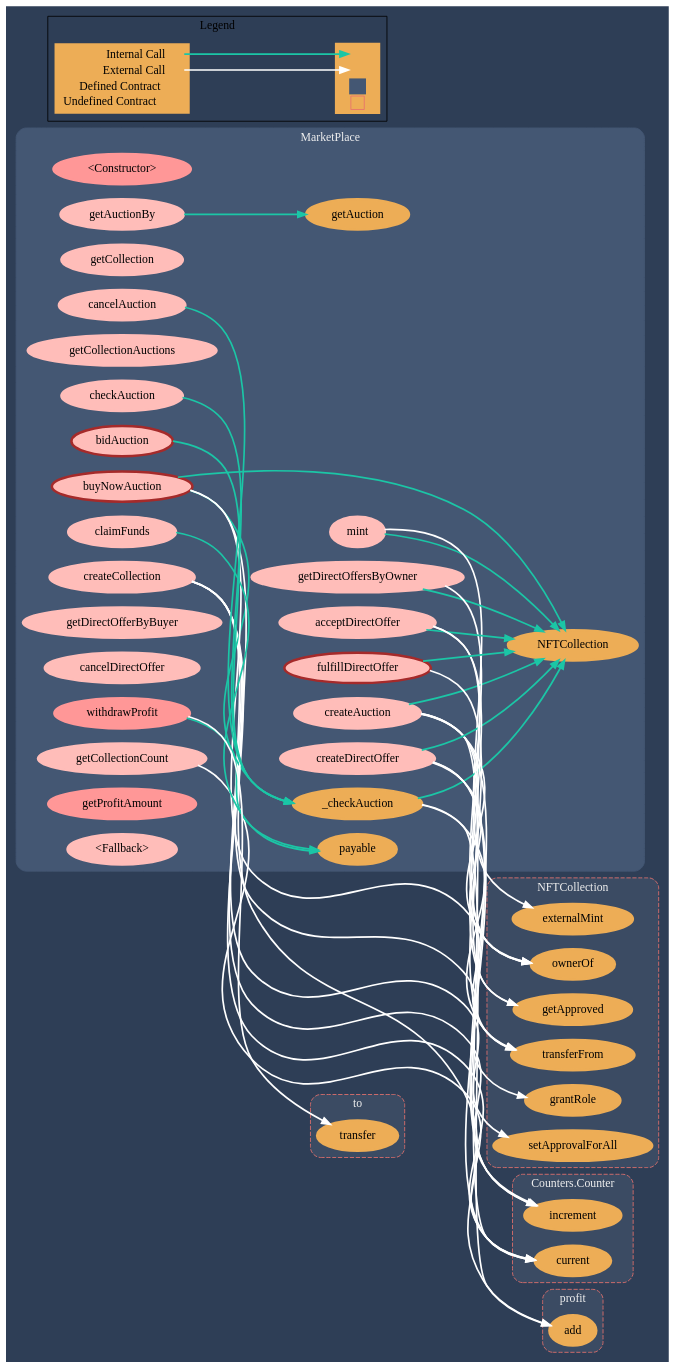
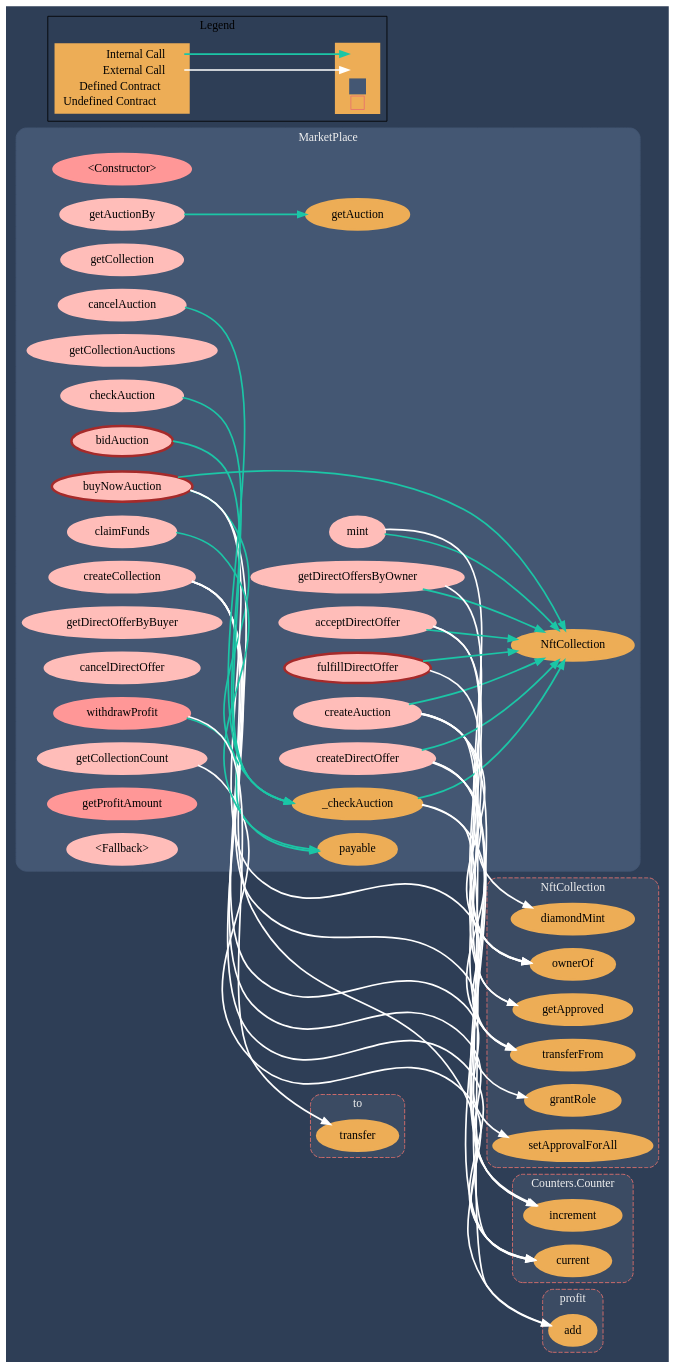
One commit to trayanm/element-nft-market changed the diagram in docs/MarketPlace_graph.gv. Above: the diagram before and after it, drawn with Graphviz. The commit also changed 218 other files, not shown here.

```diff
--- a/docs/MarketPlace_graph.gv
+++ b/docs/MarketPlace_graph.gv
@@ -1,154 +1,154 @@
 digraph G {
   graph [ ratio = "auto", page = "100", compound =true, bgcolor = "#2e3e56" ];
   node [ style = "filled", fillcolor = "#edad56", color = "#edad56", penwidth =3 ];
   edge [ color = "#fcfcfc", penwidth =2, fontname = "helvetica Neue Ultra Light" ];
 subgraph "clusterMarketPlace" {
   graph [ label = "MarketPlace", color = "#445773", fontcolor = "#f0f0f0", style = "rounded", bgcolor = "#445773" ];
   "MarketPlace.<Constructor>" [ label = "<Constructor>", color = "#FF9797", fillcolor = "#FF9797" ];
   "MarketPlace.mint" [ label = "mint", color = "#ffbdb9", fillcolor = "#ffbdb9" ];
   "MarketPlace.createCollection" [ label = "createCollection", color = "#ffbdb9", fillcolor = "#ffbdb9" ];
   "MarketPlace.getCollection" [ label = "getCollection", color = "#ffbdb9", fillcolor = "#ffbdb9" ];
   "MarketPlace.getCollectionCount" [ label = "getCollectionCount", color = "#ffbdb9", fillcolor = "#ffbdb9" ];
   "MarketPlace.createAuction" [ label = "createAuction", color = "#ffbdb9", fillcolor = "#ffbdb9" ];
   "MarketPlace.getCollectionAuctions" [ label = "getCollectionAuctions", color = "#ffbdb9", fillcolor = "#ffbdb9" ];
   "MarketPlace.getAuction" [ label = "getAuction" ];
   "MarketPlace.getAuctionBy" [ label = "getAuctionBy", color = "#ffbdb9", fillcolor = "#ffbdb9" ];
   "MarketPlace.buyNowAuction" [ label = "buyNowAuction", color = "brown", fillcolor = "#ffbdb9" ];
   "MarketPlace.cancelAuction" [ label = "cancelAuction", color = "#ffbdb9", fillcolor = "#ffbdb9" ];
   "MarketPlace.checkAuction" [ label = "checkAuction", color = "#ffbdb9", fillcolor = "#ffbdb9" ];
   "MarketPlace.bidAuction" [ label = "bidAuction", color = "brown", fillcolor = "#ffbdb9" ];
   "MarketPlace._checkAuction" [ label = "_checkAuction" ];
   "MarketPlace.createDirectOffer" [ label = "createDirectOffer", color = "#ffbdb9", fillcolor = "#ffbdb9" ];
   "MarketPlace.getDirectOffersByOwner" [ label = "getDirectOffersByOwner", color = "#ffbdb9", fillcolor = "#ffbdb9" ];
   "MarketPlace.getDirectOfferByBuyer" [ label = "getDirectOfferByBuyer", color = "#ffbdb9", fillcolor = "#ffbdb9" ];
   "MarketPlace.cancelDirectOffer" [ label = "cancelDirectOffer", color = "#ffbdb9", fillcolor = "#ffbdb9" ];
   "MarketPlace.acceptDirectOffer" [ label = "acceptDirectOffer", color = "#ffbdb9", fillcolor = "#ffbdb9" ];
   "MarketPlace.fulfillDirectOffer" [ label = "fulfillDirectOffer", color = "brown", fillcolor = "#ffbdb9" ];
   "MarketPlace.claimFunds" [ label = "claimFunds", color = "#ffbdb9", fillcolor = "#ffbdb9" ];
   "MarketPlace.withdrawProfit" [ label = "withdrawProfit", color = "#FF9797", fillcolor = "#FF9797" ];
   "MarketPlace.getProfitAmount" [ label = "getProfitAmount", color = "#FF9797", fillcolor = "#FF9797" ];
   "MarketPlace.<Fallback>" [ label = "<Fallback>", color = "#ffbdb9", fillcolor = "#ffbdb9" ];
-  "MarketPlace.NFTCollection" [ label = "NFTCollection" ];
+  "MarketPlace.NftCollection" [ label = "NftCollection" ];
   "MarketPlace.payable" [ label = "payable" ];
 }
 
 subgraph "clusterNFTCollection" {
-  graph [ label = "NFTCollection", color = "#e8726d", fontcolor = "#f0f0f0", style = "rounded,dashed", bgcolor = "#3b4b63" ];
-  "NFTCollection.externalMint" [ label = "externalMint" ];
-  "NFTCollection.grantRole" [ label = "grantRole" ];
-  "NFTCollection.setApprovalForAll" [ label = "setApprovalForAll" ];
-  "NFTCollection.ownerOf" [ label = "ownerOf" ];
-  "NFTCollection.getApproved" [ label = "getApproved" ];
-  "NFTCollection.transferFrom" [ label = "transferFrom" ];
+  graph [ label = "NftCollection", color = "#e8726d", fontcolor = "#f0f0f0", style = "rounded,dashed", bgcolor = "#3b4b63" ];
+  "NftCollection.diamondMint" [ label = "diamondMint" ];
+  "NftCollection.grantRole" [ label = "grantRole" ];
+  "NftCollection.setApprovalForAll" [ label = "setApprovalForAll" ];
+  "NftCollection.ownerOf" [ label = "ownerOf" ];
+  "NftCollection.getApproved" [ label = "getApproved" ];
+  "NftCollection.transferFrom" [ label = "transferFrom" ];
 }
 
 subgraph "clusterCounters.Counter" {
   graph [ label = "Counters.Counter", color = "#e8726d", fontcolor = "#f0f0f0", style = "rounded,dashed", bgcolor = "#3b4b63" ];
   "Counters.Counter.increment" [ label = "increment" ];
   "Counters.Counter.current" [ label = "current" ];
 }
 
 subgraph "clusterprofit" {
   graph [ label = "profit", color = "#e8726d", fontcolor = "#f0f0f0", style = "rounded,dashed", bgcolor = "#3b4b63" ];
   "profit.add" [ label = "add" ];
 }
 
 subgraph "clusterto" {
   graph [ label = "to", color = "#e8726d", fontcolor = "#f0f0f0", style = "rounded,dashed", bgcolor = "#3b4b63" ];
   "to.transfer" [ label = "transfer" ];
 }
 
   "MarketPlace.mint";
-  "MarketPlace.NFTCollection";
-  "NFTCollection.externalMint";
+  "MarketPlace.NftCollection";
+  "NftCollection.diamondMint";
   "MarketPlace.createCollection";
-  "NFTCollection.grantRole";
-  "NFTCollection.setApprovalForAll";
+  "NftCollection.grantRole";
+  "NftCollection.setApprovalForAll";
   "Counters.Counter.increment";
   "Counters.Counter.current";
   "MarketPlace.getCollectionCount";
   "MarketPlace.createAuction";
-  "NFTCollection.ownerOf";
-  "NFTCollection.getApproved";
+  "NftCollection.ownerOf";
+  "NftCollection.getApproved";
   "MarketPlace.getAuctionBy";
   "MarketPlace.getAuction";
   "MarketPlace.buyNowAuction";
   "MarketPlace._checkAuction";
-  "NFTCollection.transferFrom";
+  "NftCollection.transferFrom";
   "profit.add";
   "MarketPlace.cancelAuction";
   "MarketPlace.checkAuction";
   "MarketPlace.bidAuction";
   "MarketPlace.createDirectOffer";
   "MarketPlace.getDirectOffersByOwner";
   "MarketPlace.acceptDirectOffer";
   "MarketPlace.fulfillDirectOffer";
   "MarketPlace.claimFunds";
   "MarketPlace.payable";
   "MarketPlace.withdrawProfit";
   "to.transfer";
-  "MarketPlace.mint" -> "MarketPlace.NFTCollection" [ color = "#1bc6a6" ];
-  "MarketPlace.mint" -> "NFTCollection.externalMint" [ color = "white" ];
-  "MarketPlace.createCollection" -> "NFTCollection.grantRole" [ color = "white" ];
-  "MarketPlace.createCollection" -> "NFTCollection.setApprovalForAll" [ color = "white" ];
+  "MarketPlace.mint" -> "MarketPlace.NftCollection" [ color = "#1bc6a6" ];
+  "MarketPlace.mint" -> "NftCollection.diamondMint" [ color = "white" ];
+  "MarketPlace.createCollection" -> "NftCollection.grantRole" [ color = "white" ];
+  "MarketPlace.createCollection" -> "NftCollection.setApprovalForAll" [ color = "white" ];
   "MarketPlace.createCollection" -> "Counters.Counter.increment" [ color = "white" ];
   "MarketPlace.createCollection" -> "Counters.Counter.current" [ color = "white" ];
   "MarketPlace.getCollectionCount" -> "Counters.Counter.current" [ color = "white" ];
-  "MarketPlace.createAuction" -> "MarketPlace.NFTCollection" [ color = "#1bc6a6" ];
-  "MarketPlace.createAuction" -> "NFTCollection.ownerOf" [ color = "white" ];
-  "MarketPlace.createAuction" -> "NFTCollection.getApproved" [ color = "white" ];
+  "MarketPlace.createAuction" -> "MarketPlace.NftCollection" [ color = "#1bc6a6" ];
+  "MarketPlace.createAuction" -> "NftCollection.ownerOf" [ color = "white" ];
+  "MarketPlace.createAuction" -> "NftCollection.getApproved" [ color = "white" ];
   "MarketPlace.createAuction" -> "Counters.Counter.increment" [ color = "white" ];
   "MarketPlace.createAuction" -> "Counters.Counter.current" [ color = "white" ];
   "MarketPlace.getAuctionBy" -> "MarketPlace.getAuction" [ color = "#1bc6a6" ];
   "MarketPlace.buyNowAuction" -> "MarketPlace._checkAuction" [ color = "#1bc6a6" ];
-  "MarketPlace.buyNowAuction" -> "MarketPlace.NFTCollection" [ color = "#1bc6a6" ];
-  "MarketPlace.buyNowAuction" -> "NFTCollection.transferFrom" [ color = "white" ];
+  "MarketPlace.buyNowAuction" -> "MarketPlace.NftCollection" [ color = "#1bc6a6" ];
+  "MarketPlace.buyNowAuction" -> "NftCollection.transferFrom" [ color = "white" ];
   "MarketPlace.buyNowAuction" -> "profit.add" [ color = "white" ];
   "MarketPlace.cancelAuction" -> "MarketPlace._checkAuction" [ color = "#1bc6a6" ];
   "MarketPlace.checkAuction" -> "MarketPlace._checkAuction" [ color = "#1bc6a6" ];
   "MarketPlace.bidAuction" -> "MarketPlace._checkAuction" [ color = "#1bc6a6" ];
-  "MarketPlace._checkAuction" -> "MarketPlace.NFTCollection" [ color = "#1bc6a6" ];
+  "MarketPlace._checkAuction" -> "MarketPlace.NftCollection" [ color = "#1bc6a6" ];
   "MarketPlace._checkAuction" -> "profit.add" [ color = "white" ];
-  "MarketPlace._checkAuction" -> "NFTCollection.transferFrom" [ color = "white" ];
-  "MarketPlace.createDirectOffer" -> "MarketPlace.NFTCollection" [ color = "#1bc6a6" ];
-  "MarketPlace.createDirectOffer" -> "NFTCollection.ownerOf" [ color = "white" ];
+  "MarketPlace._checkAuction" -> "NftCollection.transferFrom" [ color = "white" ];
+  "MarketPlace.createDirectOffer" -> "MarketPlace.NftCollection" [ color = "#1bc6a6" ];
+  "MarketPlace.createDirectOffer" -> "NftCollection.ownerOf" [ color = "white" ];
   "MarketPlace.createDirectOffer" -> "Counters.Counter.increment" [ color = "white" ];
   "MarketPlace.createDirectOffer" -> "Counters.Counter.current" [ color = "white" ];
-  "MarketPlace.getDirectOffersByOwner" -> "MarketPlace.NFTCollection" [ color = "#1bc6a6" ];
-  "MarketPlace.getDirectOffersByOwner" -> "NFTCollection.ownerOf" [ color = "white" ];
-  "MarketPlace.acceptDirectOffer" -> "MarketPlace.NFTCollection" [ color = "#1bc6a6" ];
-  "MarketPlace.acceptDirectOffer" -> "NFTCollection.ownerOf" [ color = "white" ];
-  "MarketPlace.acceptDirectOffer" -> "NFTCollection.getApproved" [ color = "white" ];
-  "MarketPlace.fulfillDirectOffer" -> "MarketPlace.NFTCollection" [ color = "#1bc6a6" ];
-  "MarketPlace.fulfillDirectOffer" -> "NFTCollection.transferFrom" [ color = "white" ];
+  "MarketPlace.getDirectOffersByOwner" -> "MarketPlace.NftCollection" [ color = "#1bc6a6" ];
+  "MarketPlace.getDirectOffersByOwner" -> "NftCollection.ownerOf" [ color = "white" ];
+  "MarketPlace.acceptDirectOffer" -> "MarketPlace.NftCollection" [ color = "#1bc6a6" ];
+  "MarketPlace.acceptDirectOffer" -> "NftCollection.ownerOf" [ color = "white" ];
+  "MarketPlace.acceptDirectOffer" -> "NftCollection.getApproved" [ color = "white" ];
+  "MarketPlace.fulfillDirectOffer" -> "MarketPlace.NftCollection" [ color = "#1bc6a6" ];
+  "MarketPlace.fulfillDirectOffer" -> "NftCollection.transferFrom" [ color = "white" ];
   "MarketPlace.claimFunds" -> "MarketPlace.payable" [ color = "#1bc6a6" ];
   "MarketPlace.withdrawProfit" -> "MarketPlace.payable" [ color = "#1bc6a6" ];
   "MarketPlace.withdrawProfit" -> "to.transfer" [ color = "white" ];
 
 
 rankdir=LR
 node [shape=plaintext]
 subgraph cluster_01 { 
 label = "Legend";
 key [label=<<table border="0" cellpadding="2" cellspacing="0" cellborder="0">
   <tr><td align="right" port="i1">Internal Call</td></tr>
   <tr><td align="right" port="i2">External Call</td></tr>
   <tr><td align="right" port="i3">Defined Contract</td></tr>
   <tr><td align="right" port="i4">Undefined Contract</td></tr>
   </table>>]
 key2 [label=<<table border="0" cellpadding="2" cellspacing="0" cellborder="0">
   <tr><td port="i1">&nbsp;&nbsp;&nbsp;</td></tr>
   <tr><td port="i2">&nbsp;&nbsp;&nbsp;</td></tr>
   <tr><td port="i3" bgcolor="#445773">&nbsp;&nbsp;&nbsp;</td></tr>
   <tr><td port="i4">
     <table border="1" cellborder="0" cellspacing="0" cellpadding="7" color="#e8726d">
       <tr>
        <td></td>
       </tr>
      </table>
   </td></tr>
   </table>>]
 key:i1:e -> key2:i1:w [color="#1bc6a6"]
 key:i2:e -> key2:i2:w [color="white"]
 }
 }
```
